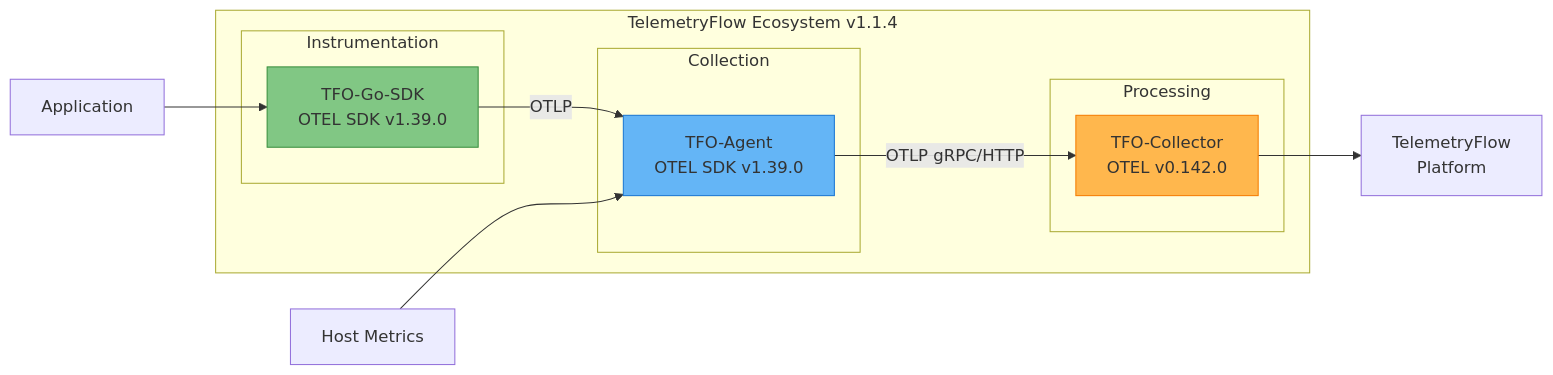
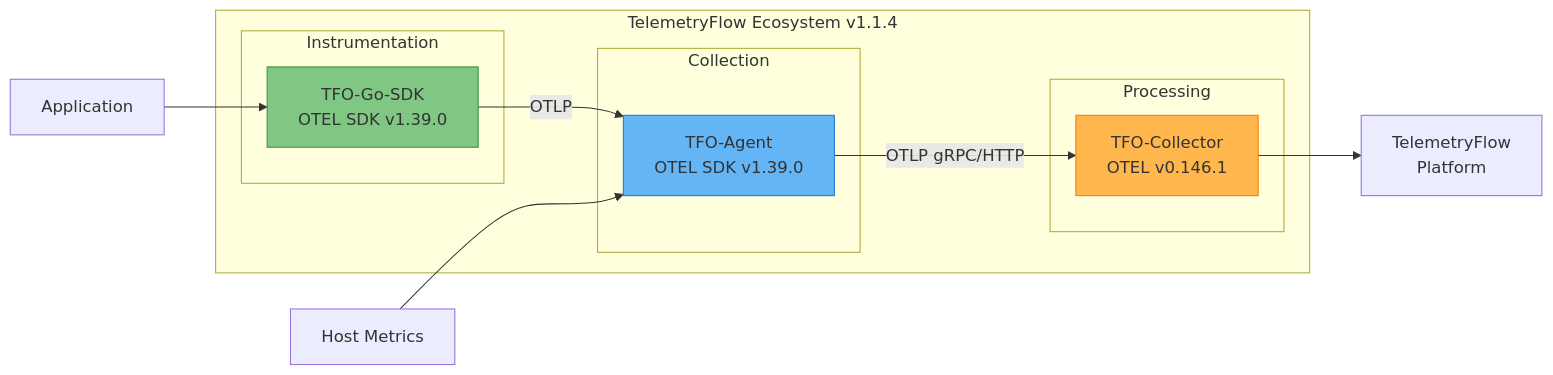
The first of 3 diagrams in docs/README.md (telemetryflow/telemetryflow-agent), drawn with Mermaid before and after one commit. The commit also changed other lines of this file and 26 other files, not shown here.

````diff
--- a/docs/README.md
+++ b/docs/README.md
@@ -29,26 +29,26 @@
 ```mermaid
 graph LR
     subgraph "TelemetryFlow Ecosystem v1.1.4"
         subgraph "Instrumentation"
             SDK[TFO-Go-SDK<br/>OTEL SDK v1.39.0]
         end
 
         subgraph "Collection"
             AGENT[TFO-Agent<br/>OTEL SDK v1.39.0]
         end
 
         subgraph "Processing"
-            COLLECTOR[TFO-Collector<br/>OTEL v0.142.0]
+            COLLECTOR[TFO-Collector<br/>OTEL v0.146.1]
         end
     end
 
     APP[Application] --> SDK
     SDK -->|OTLP| AGENT
     HOST[Host Metrics] --> AGENT
     AGENT -->|OTLP gRPC/HTTP| COLLECTOR
     COLLECTOR --> BACKEND[TelemetryFlow<br/>Platform]
 
     style SDK fill:#81C784,stroke:#388E3C
     style AGENT fill:#64B5F6,stroke:#1976D2
     style COLLECTOR fill:#FFB74D,stroke:#F57C00
 ```
````
